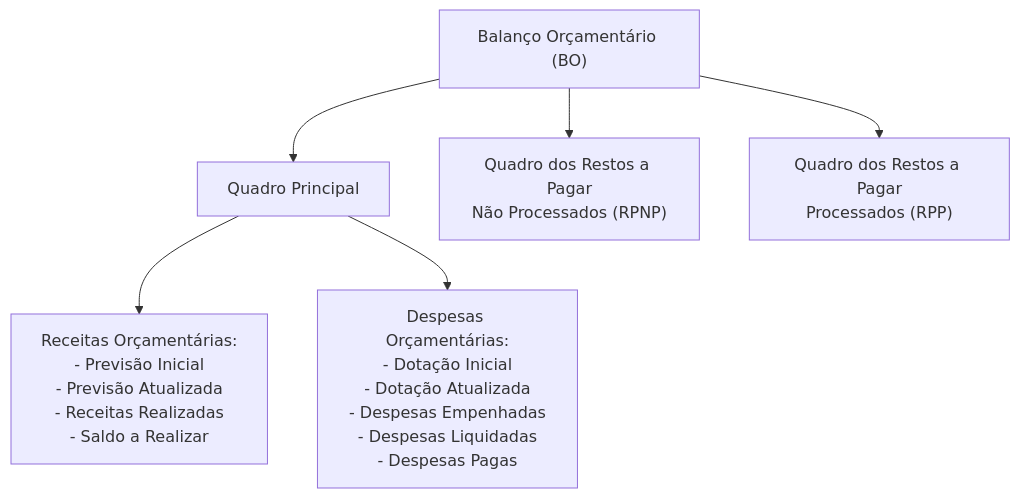
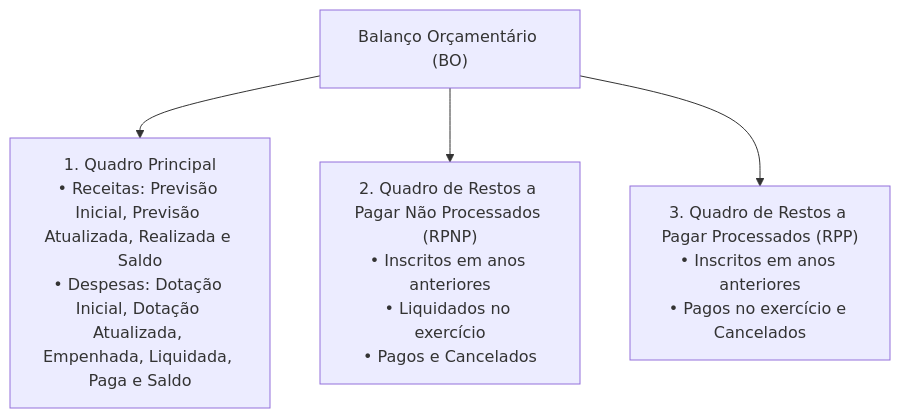
The first of 6 diagrams in fontes_de_estudo/conhecimentos_especificos_a01_tecnico_administrativo/20_contabilidade_aplicada_ao_setor_publico/04_demonstracoes_contabeis_mcasp_e_prestacao_de_contas.md (thiagosantos346/TCE-GO-2027), drawn with Mermaid before and after one commit. The commit also changed other lines of this file and 119 other files, not shown here.

````diff
--- a/fontes_de_estudo/conhecimentos_especificos_a01_tecnico_administrativo/20_contabilidade_aplicada_ao_setor_publico/04_demonstracoes_contabeis_mcasp_e_prestacao_de_contas.md
+++ b/fontes_de_estudo/conhecimentos_especificos_a01_tecnico_administrativo/20_contabilidade_aplicada_ao_setor_publico/04_demonstracoes_contabeis_mcasp_e_prestacao_de_contas.md
@@ -71,11 +55,10 @@
 ```mermaid
 flowchart TD
     BO["Balanço Orçamentário (BO)"]
     
-    BO --> QP["Quadro Principal"]
-    BO --> QRPNP["Quadro dos Restos a Pagar<br/>Não Processados (RPNP)"]
-    BO --> QRPP["Quadro dos Restos a Pagar<br/>Processados (RPP)"]
+    BO --> QP["1. Quadro Principal<br/>• Receitas: Previsão Inicial, Previsão Atualizada, Realizada e Saldo<br/>• Despesas: Dotação Inicial, Dotação Atualizada, Empenhada, Liquidada, Paga e Saldo"]
     
-    QP --> Rec["Receitas Orçamentárias:<br/>- Previsão Inicial<br/>- Previsão Atualizada<br/>- Receitas Realizadas<br/>- Saldo a Realizar"]
-    QP --> Desp["Despesas Orçamentárias:<br/>- Dotação Inicial<br/>- Dotação Atualizada<br/>- Despesas Empenhadas<br/>- Despesas Liquidadas<br/>- Despesas Pagas"]
+    BO --> QRPNP["2. Quadro de Restos a Pagar Não Processados (RPNP)<br/>• Inscritos em anos anteriores<br/>• Liquidados no exercício<br/>• Pagos e Cancelados"]
+    
+    BO --> QRPP["3. Quadro de Restos a Pagar Processados (RPP)<br/>• Inscritos em anos anteriores<br/>• Pagos no exercício e Cancelados"]
 ```
````
